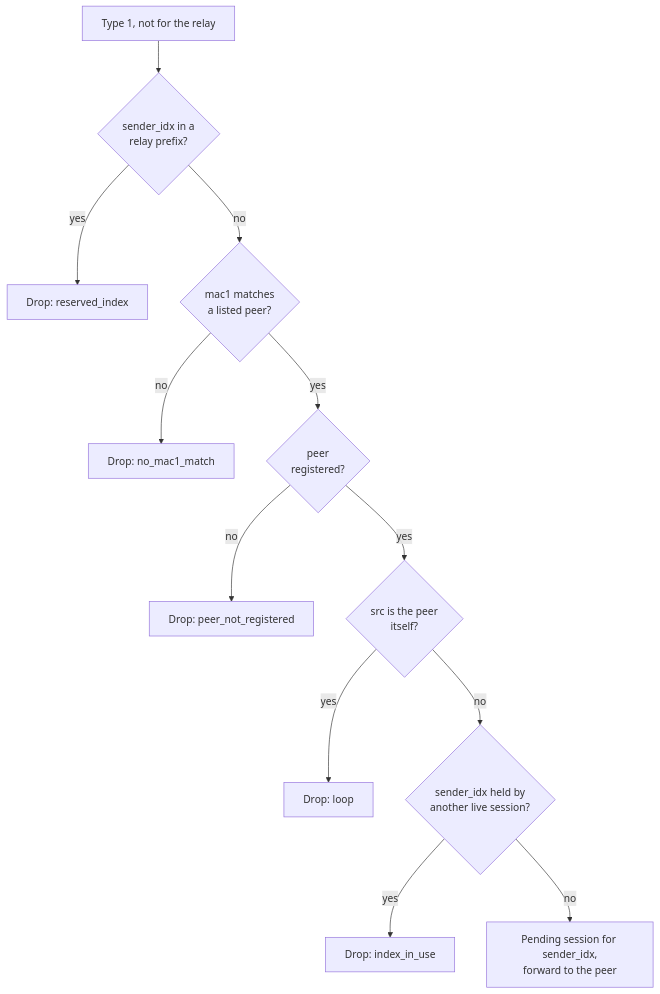
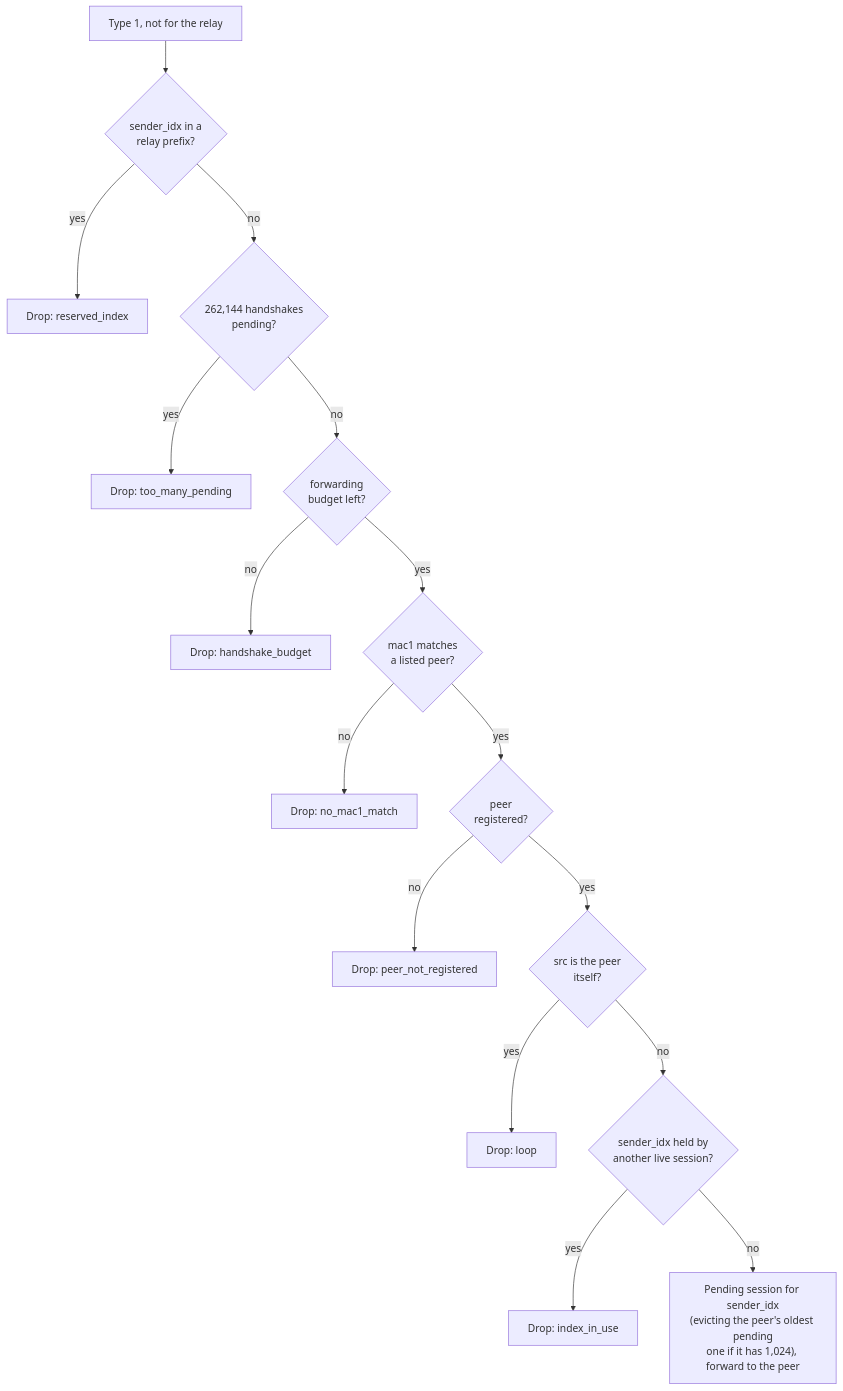
Diagram 15 of 22 in docs/how-it-works.md (3alpha/wg-relay), drawn with Mermaid before and after one commit. The commit also changed other lines of this file and 7 other files, not shown here.

````diff
--- a/docs/how-it-works.md
+++ b/docs/how-it-works.md
@@ -488,14 +491,18 @@
 ```mermaid
 flowchart TD
     A["Type 1, not for the relay"] --> R{"sender_idx in a<br/>relay prefix?"}
     R -- yes --> X0["Drop: reserved_index"]
-    R -- no --> B{"mac1 matches<br/>a listed peer?"}
+    R -- no --> G{"262,144 handshakes<br/>pending?"}
+    G -- yes --> X5["Drop: too_many_pending"]
+    G -- no --> BG{"forwarding<br/>budget left?"}
+    BG -- no --> X6["Drop: handshake_budget"]
+    BG -- yes --> B{"mac1 matches<br/>a listed peer?"}
     B -- no --> X1["Drop: no_mac1_match"]
     B -- yes --> C{"peer<br/>registered?"}
     C -- no --> X2["Drop: peer_not_registered"]
     C -- yes --> L{"src is the peer<br/>itself?"}
     L -- yes --> X3["Drop: loop"]
     L -- no --> U{"sender_idx held by<br/>another live session?"}
     U -- yes --> X4["Drop: index_in_use"]
-    U -- no --> OK["Pending session for sender_idx,<br/>forward to the peer"]
+    U -- no --> OK["Pending session for sender_idx<br/>(evicting the peer's oldest pending<br/>one if it has 1,024), forward to the peer"]
 ```
````
